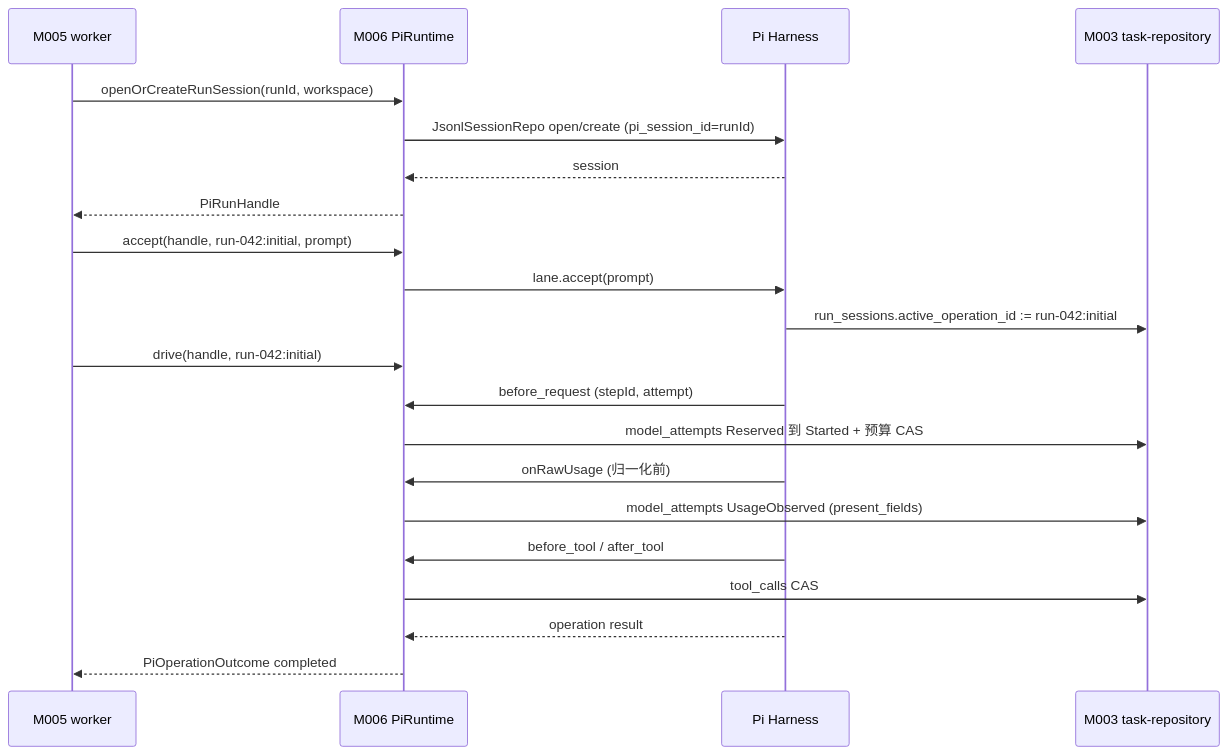
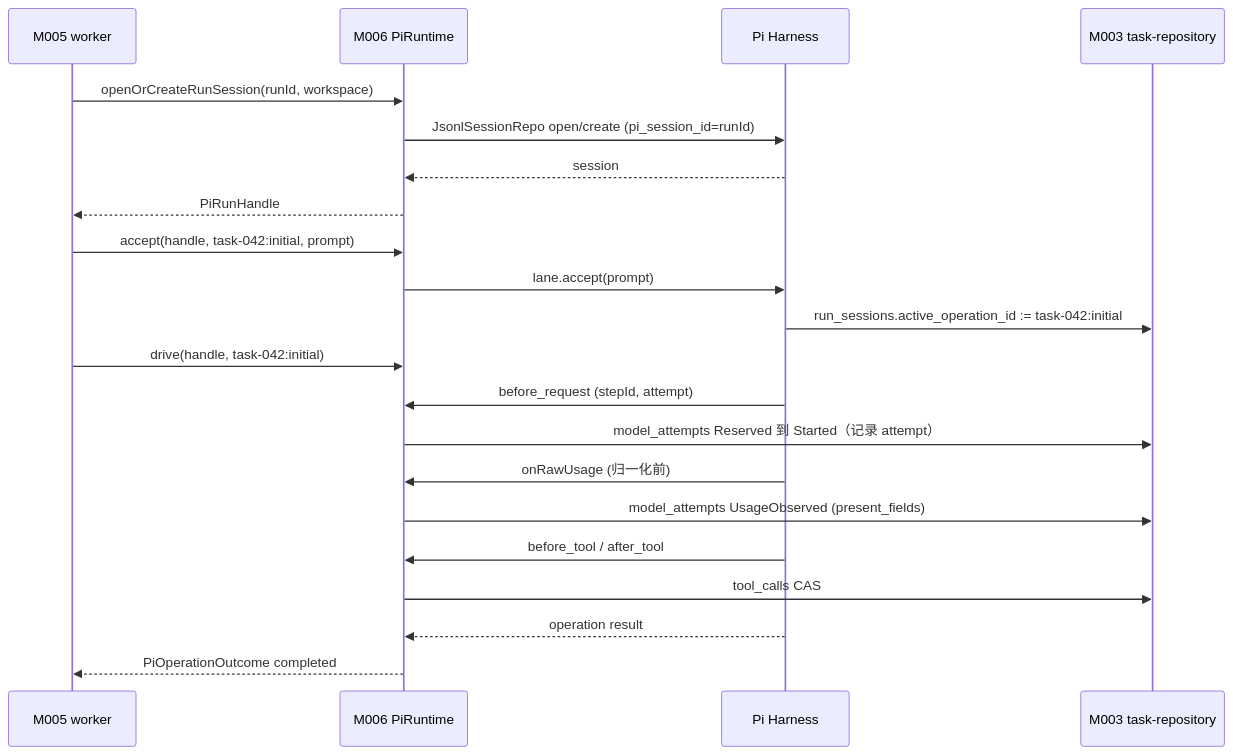
Before and after one commit to corezilla/piko: the fifth of 6 diagrams in docs/40_module_design/piko-pi-adapter-design.md, drawn with Mermaid. The commit also changed other lines of this file and 86 other files, not shown here.

````diff
--- a/docs/40_module_design/piko-pi-adapter-design.md
+++ b/docs/40_module_design/piko-pi-adapter-design.md
@@ -711,23 +710,23 @@
 ```mermaid
 sequenceDiagram
     participant W as M005 worker
     participant P as M006 PiRuntime
     participant H as Pi Harness
     participant R as M003 task-repository
     W->>P: openOrCreateRunSession(runId, workspace)
     P->>H: JsonlSessionRepo open/create (pi_session_id=runId)
     H-->>P: session
     P-->>W: PiRunHandle
-    W->>P: accept(handle, run-042:initial, prompt)
+    W->>P: accept(handle, task-042:initial, prompt)
     P->>H: lane.accept(prompt)
-    H->>R: run_sessions.active_operation_id := run-042:initial
-    W->>P: drive(handle, run-042:initial)
+    H->>R: run_sessions.active_operation_id := task-042:initial
+    W->>P: drive(handle, task-042:initial)
     H->>P: before_request (stepId, attempt)
-    P->>R: model_attempts Reserved 到 Started + 预算 CAS
+    P->>R: model_attempts Reserved 到 Started（记录 attempt）
     H->>P: onRawUsage (归一化前)
     P->>R: model_attempts UsageObserved (present_fields)
     H->>P: before_tool / after_tool
     P->>R: tool_calls CAS
     H-->>P: operation result
     P-->>W: PiOperationOutcome completed
 ```
````
